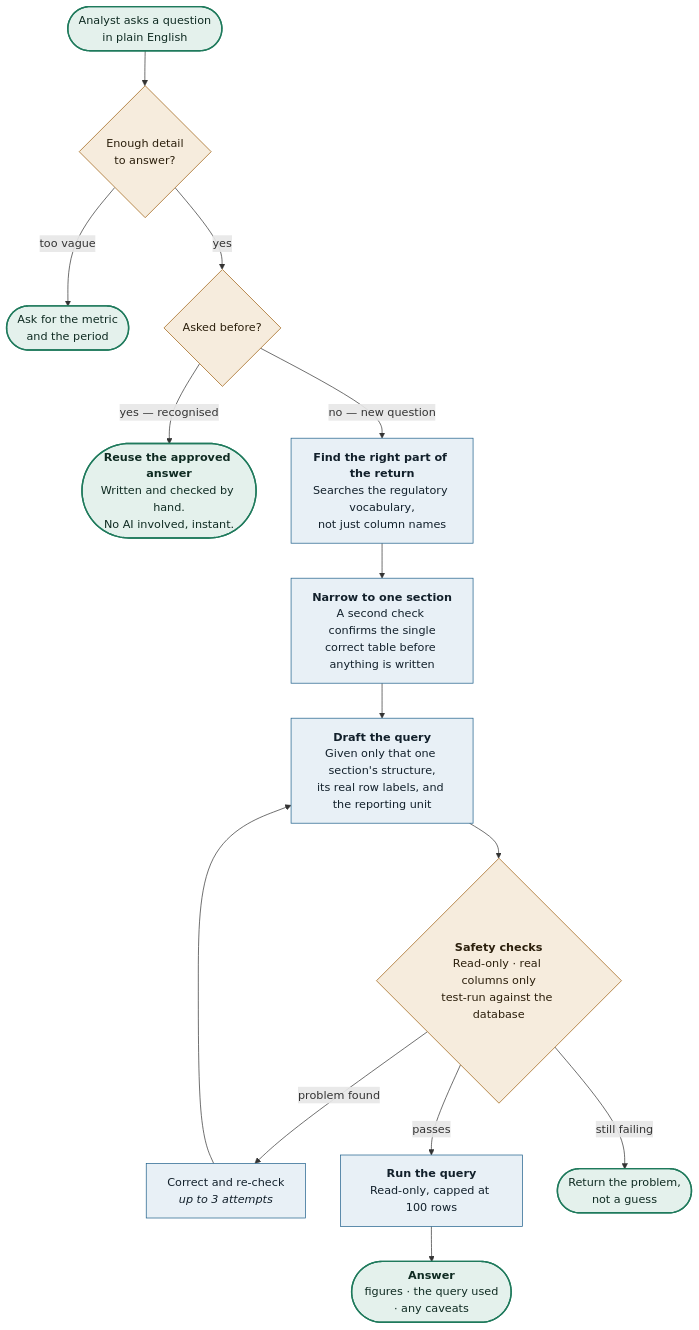
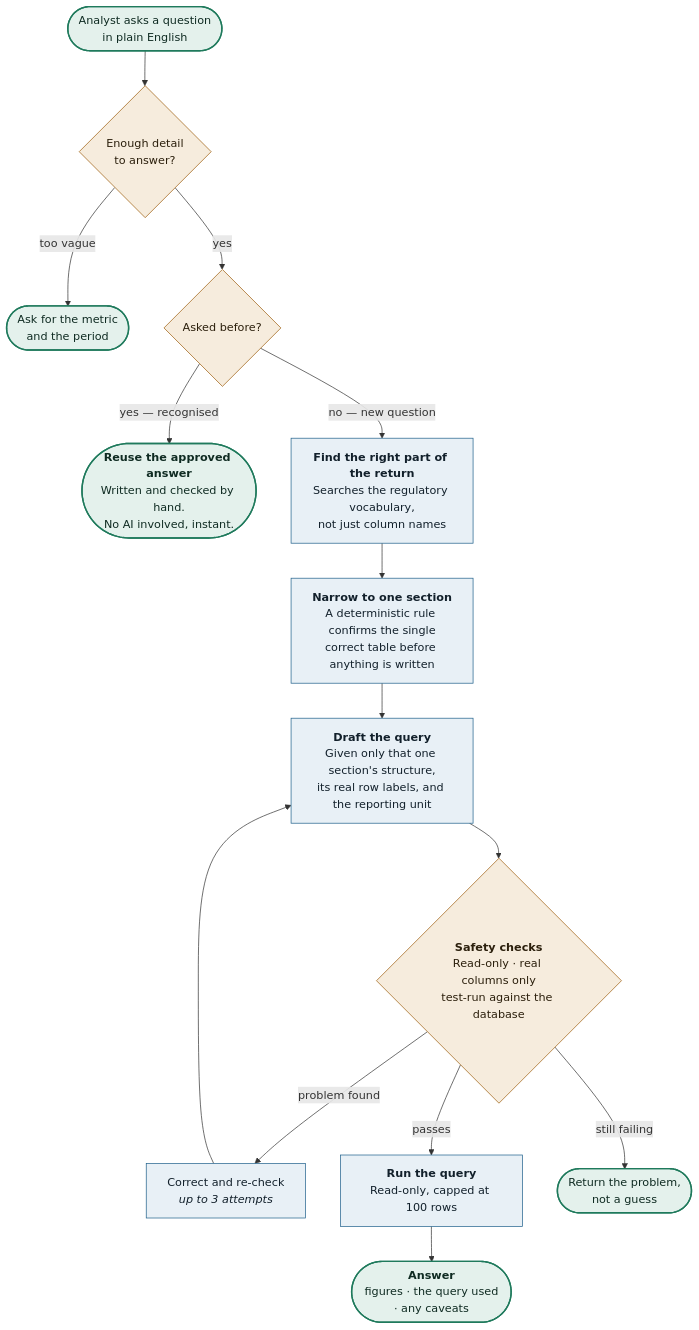
Before and after one commit to Irisvinayak/sql_agent: the third of 5 diagrams in ARCHITECTURE.md, drawn with Mermaid. The commit also changed other lines of this file and 62 other files, not shown here.

````diff
--- a/ARCHITECTURE.md
+++ b/ARCHITECTURE.md
@@ -155,35 +162,35 @@
 ```mermaid
 flowchart TD
     Q(["Analyst asks a question<br/>in plain English"])
 
     Q --> CLEAR{"Enough detail<br/>to answer?"}
     CLEAR -->|"too vague"| ASK(["Ask for the metric<br/>and the period"])
 
     CLEAR -->|yes| KNOWN{"Asked before?"}
     KNOWN -->|"yes — recognised"| REUSE(["<b>Reuse the approved answer</b><br/>Written and checked by hand.<br/>No AI involved, instant."])
 
     KNOWN -->|"no — new question"| FIND["<b>Find the right part of the return</b><br/>Searches the regulatory vocabulary,<br/>not just column names"]
 
-    FIND --> PICK["<b>Narrow to one section</b><br/>A second check confirms the single<br/>correct table before anything is written"]
+    FIND --> PICK["<b>Narrow to one section</b><br/>A deterministic rule confirms the single<br/>correct table before anything is written"]
 
     PICK --> DRAFT["<b>Draft the query</b><br/>Given only that one section's structure,<br/>its real row labels, and the reporting unit"]
 
     DRAFT --> SAFE{"<b>Safety checks</b><br/>Read-only · real columns only<br/>test-run against the database"}
     SAFE -->|"problem found"| RETRY["Correct and re-check<br/><i>up to 3 attempts</i>"]
     RETRY --> DRAFT
 
     SAFE -->|passes| RUN["<b>Run the query</b><br/>Read-only, capped at 100 rows"]
     RUN --> OUT(["<b>Answer</b><br/>figures · the query used<br/>· any caveats"])
 
     SAFE -->|"still failing"| FLAG(["Return the problem,<br/>not a guess"])
 
     classDef ask fill:#e4f1ec,stroke:#1f7a5c,stroke-width:2px,color:#0f2b22
     classDef work fill:#e8f0f6,stroke:#1d5f8a,color:#12202b
     classDef check fill:#f6ecdd,stroke:#9c5c0c,color:#2b1f0c
     classDef done fill:#e4f1ec,stroke:#1f7a5c,stroke-width:2px,color:#0f2b22
 
     class Q,ASK,FLAG ask
     class FIND,PICK,DRAFT,RUN,RETRY work
     class CLEAR,KNOWN,SAFE check
     class REUSE,OUT done
 ```
````
